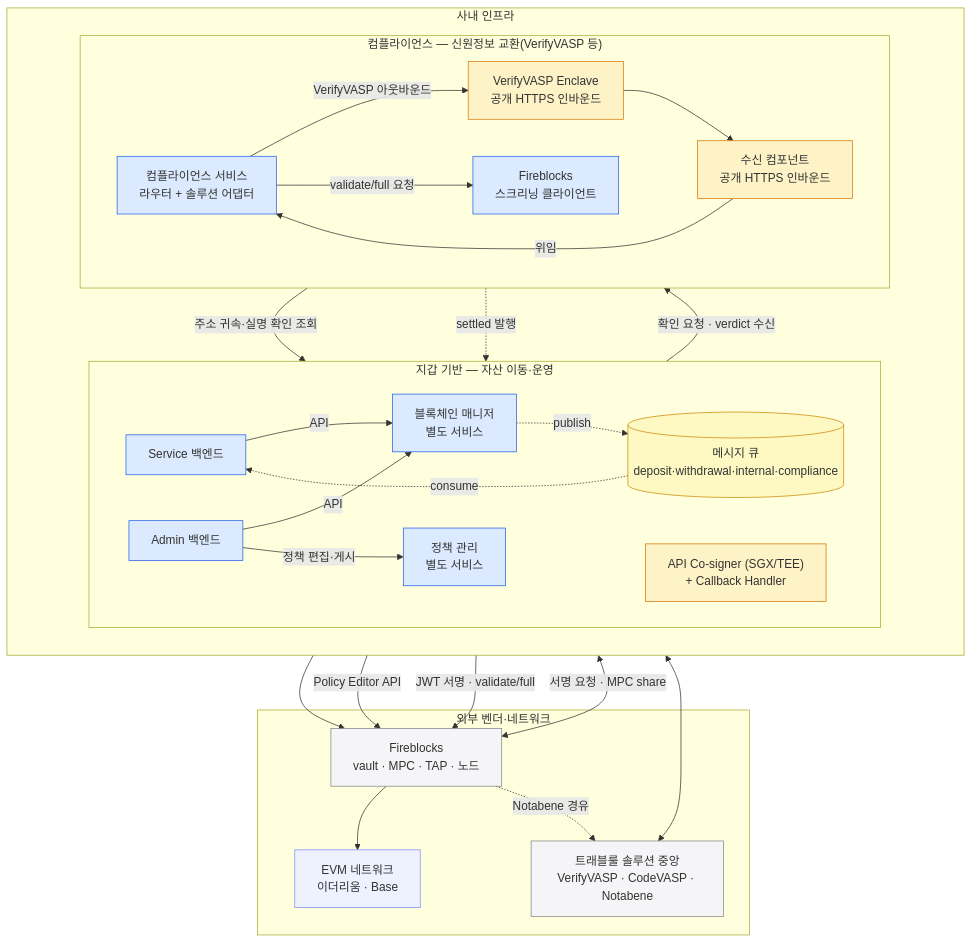
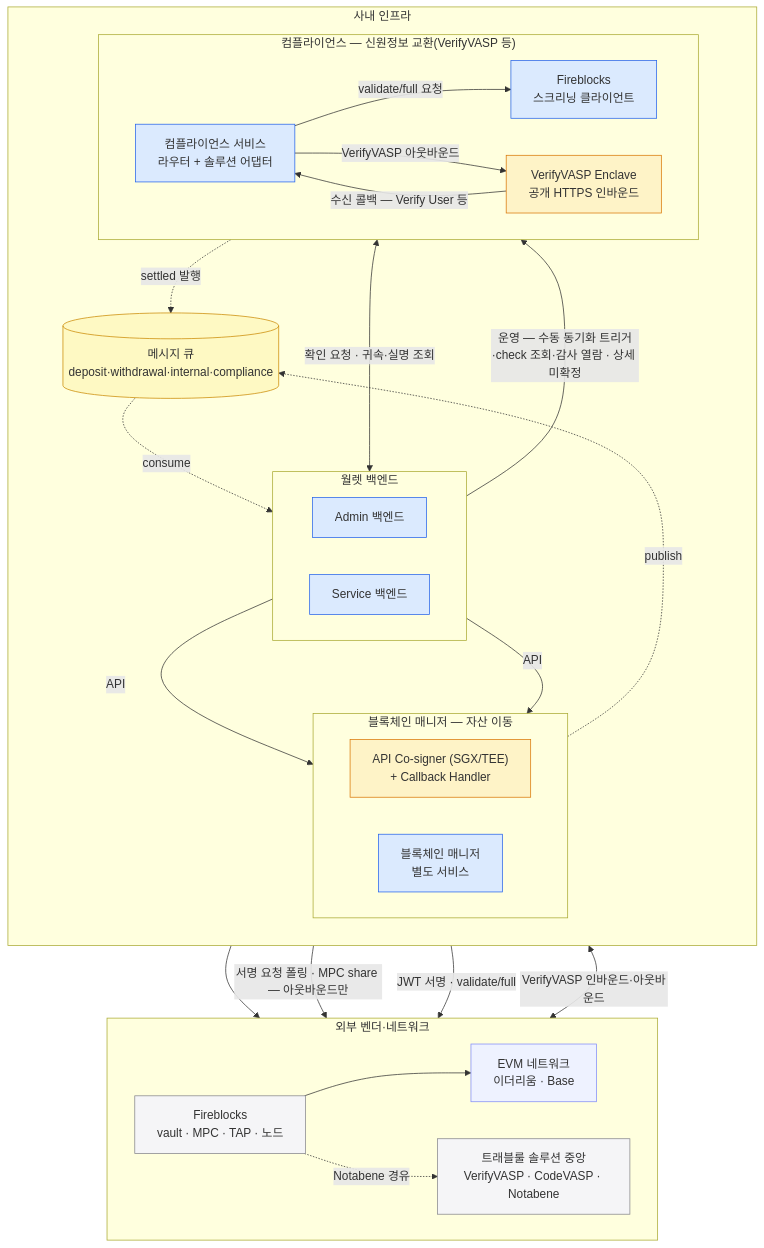
Before and after one commit to eunsujeo/eunpus: the diagram in blockchain-manager/docs/인프라/설계/00-overview.md, drawn with Mermaid. The commit also changed other lines of this file and 23 other files, not shown here.

First line of the commit message:
서비스 정의·이유 명문화 + 수신 컴포넌트 접기 + VASP 허용 목록 + 용어·그림 정리

````diff
--- a/blockchain-manager/docs/인프라/설계/00-overview.md
+++ b/blockchain-manager/docs/인프라/설계/00-overview.md
@@ -11,59 +11,59 @@
 ```mermaid
 flowchart TB
   subgraph OURS["사내 인프라"]
     direction TB
-    subgraph WAL["지갑 기반 — 자산 이동·운영"]
+    subgraph WBE["월렛 백엔드"]
       direction LR
+      ADM["Admin 백엔드"]
       SVC["Service 백엔드"]
-      ADM["Admin 백엔드"]
+    end
+    subgraph BMZ["블록체인 매니저 — 자산 이동"]
+      direction LR
+      COS["API Co-signer (SGX/TEE)<br/>+ Callback Handler"]
       BM["블록체인 매니저<br/>별도 서비스"]
-      MQ[("메시지 큐<br/>deposit·withdrawal·internal·compliance")]
-      PADM["정책 관리<br/>별도 서비스"]
-      COS["API Co-signer (SGX/TEE)<br/>+ Callback Handler"]
     end
+    MQ[("메시지 큐<br/>deposit·withdrawal·internal·compliance")]
     subgraph TRZ["컴플라이언스 — 신원정보 교환(VerifyVASP 등)"]
       direction LR
       GATE["컴플라이언스 서비스<br/>라우터 + 솔루션 어댑터"]
-      RX["수신 컴포넌트<br/>공개 HTTPS 인바운드"]
+      FBCLI["Fireblocks<br/>스크리닝 클라이언트"]
       EN["VerifyVASP Enclave<br/>공개 HTTPS 인바운드"]
-      FBCLI["Fireblocks<br/>스크리닝 클라이언트"]
     end
+    SVC ~~~ MQ
   end
 
   subgraph EXTZ["외부 벤더·네트워크"]
+    direction LR
+    EVM["EVM 네트워크<br/>이더리움 · Base"]
     FB["Fireblocks<br/>vault · MPC · TAP · 노드"]
-    EVM["EVM 네트워크<br/>이더리움 · Base"]
     TRNET["트래블룰 솔루션 중앙<br/>VerifyVASP · CodeVASP · Notabene"]
   end
 
+  ADM -->|API| BM
   SVC -->|API| BM
-  ADM -->|API| BM
   BM -.->|publish| MQ
+  GATE -.->|settled 발행| MQ
   MQ -.->|consume| SVC
-  ADM -->|정책 편집·게시| PADM
-  SVC -->|확인 요청 · verdict 수신| GATE
-  GATE -->|주소 귀속·실명 확인 조회| SVC
-  GATE -.->|settled 발행| MQ
+  SVC <-->|확인 요청 · 귀속·실명 조회| GATE
+  ADM -->|운영 — 수동 동기화 트리거·check 조회·감사 열람 · 상세 미확정| GATE
+  GATE -->|validate/full 요청| FBCLI
   GATE -->|VerifyVASP 아웃바운드| EN
-  GATE -->|validate/full 요청| FBCLI
-  EN --> RX
-  RX -->|위임| GATE
+  EN -->|수신 콜백 — Verify User 등| GATE
   BM --> FB
-  PADM -->|Policy Editor API| FB
+  COS -->|서명 요청 폴링 · MPC share — 아웃바운드만| FB
   FBCLI -->|JWT 서명 · validate/full| FB
-  COS <-->|서명 요청 · MPC share| FB
   FB --> EVM
   FB -.->|Notabene 경유| TRNET
-  EN <--> TRNET
+  EN <-->|VerifyVASP 인바운드·아웃바운드| TRNET
 
   classDef ours fill:#dbeafe,stroke:#2563eb;
   classDef selfhost fill:#fef3c7,stroke:#d97706;
   classDef mq fill:#fef9c3,stroke:#ca8a04;
   classDef vendor fill:#f5f5f7,stroke:#86868b;
   classDef chain fill:#eef2ff,stroke:#818cf8;
-  class SVC,ADM,BM,GATE,FBCLI,PADM ours
-  class COS,RX,EN selfhost
+  class SVC,ADM,BM,GATE,FBCLI ours
+  class COS,EN selfhost
   class MQ mq
   class FB,TRNET vendor
   class EVM chain
 ```
````
